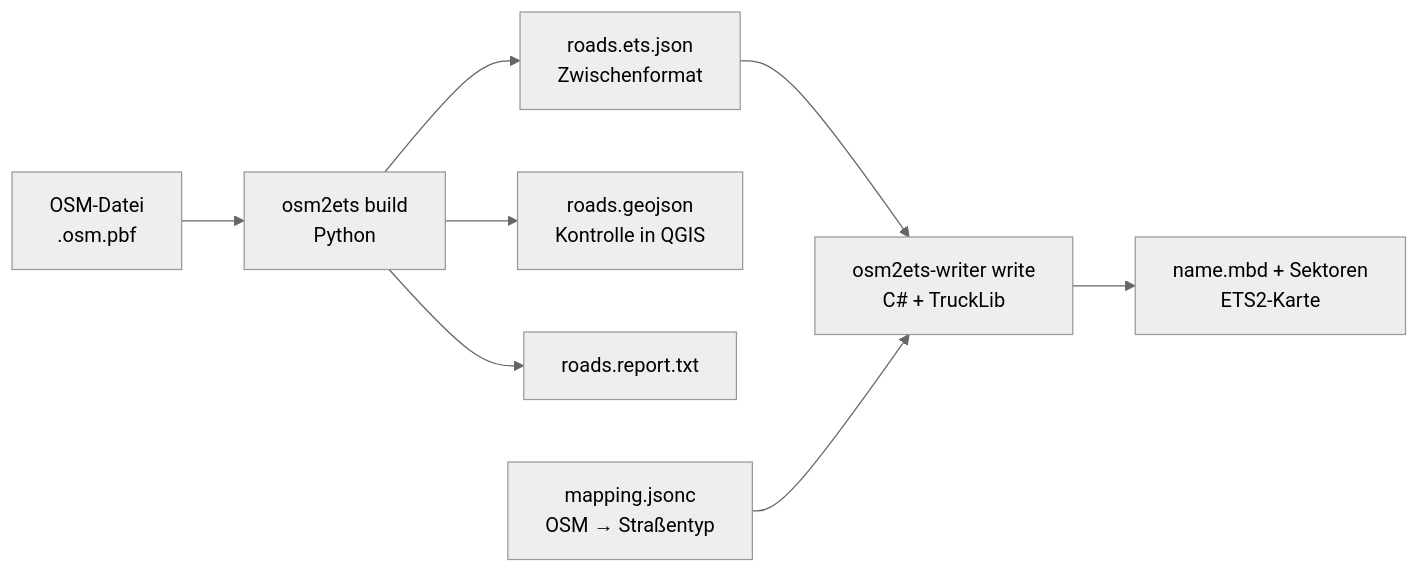
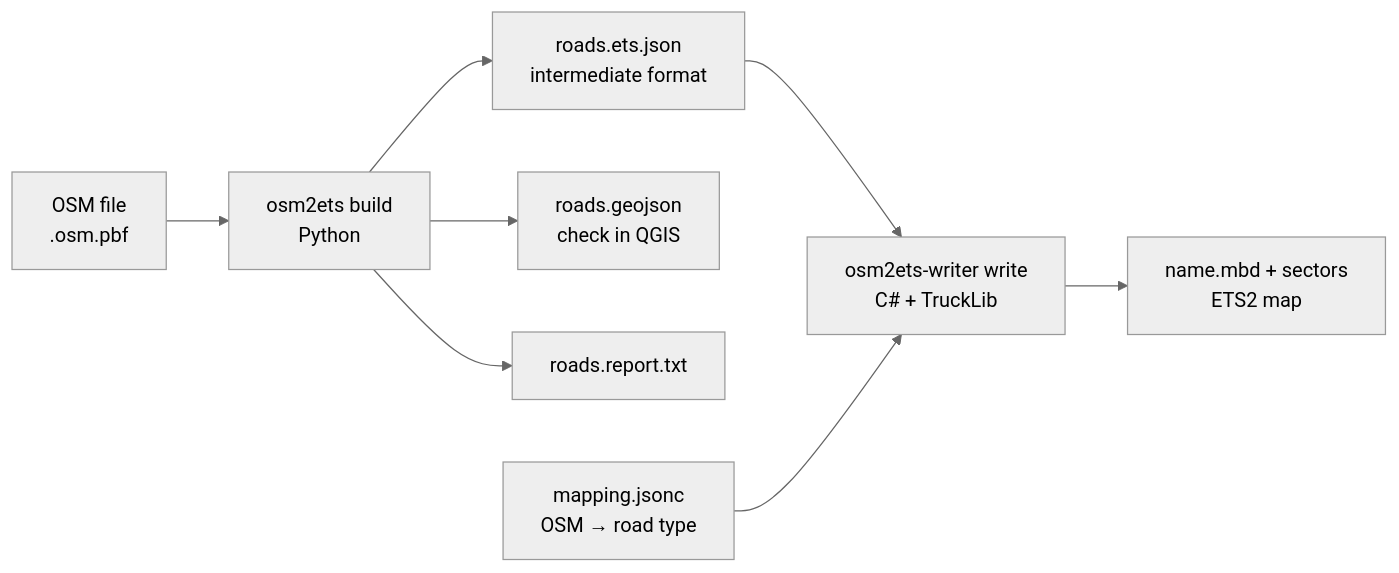
The diagram in README.md (JokerGermany/osm2ets), drawn with Mermaid (neutral theme) before and after one commit. The commit also changed other lines of this file and 2 other files, not shown here.

````diff
--- a/README.md
+++ b/README.md
@@ -10,10 +10,10 @@
 ```mermaid
 flowchart LR
-    A[OSM-Datei<br>.osm.pbf] --> B[osm2ets build<br>Python]
-    B --> C[roads.ets.json<br>Zwischenformat]
-    B --> D[roads.geojson<br>Kontrolle in QGIS]
+    A[OSM file<br>.osm.pbf] --> B[osm2ets build<br>Python]
+    B --> C[roads.ets.json<br>intermediate format]
+    B --> D[roads.geojson<br>check in QGIS]
     B --> E[roads.report.txt]
     C --> F[osm2ets-writer write<br>C# + TruckLib]
-    G[mapping.jsonc<br>OSM → Straßentyp] --> F
-    F --> H[name.mbd + Sektoren<br>ETS2-Karte]
+    G[mapping.jsonc<br>OSM → road type] --> F
+    F --> H[name.mbd + sectors<br>ETS2 map]
 ```
````
